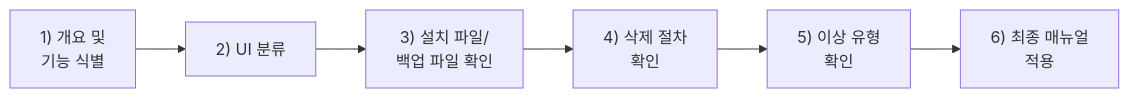
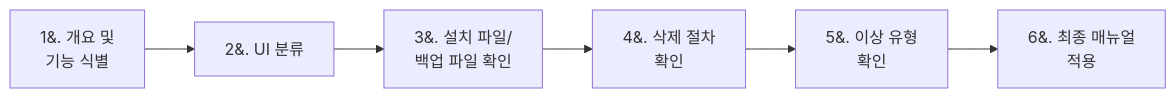
One commit to sungjin-dev/sungjin-dev.github.io changed the fifth of 14 diagrams in _posts/2026-07-19-eip-application-packaging-study-2.md. Above: the diagram before and after it, drawn with Mermaid.

````diff
--- a/_posts/2026-07-19-eip-application-packaging-study-2.md
+++ b/_posts/2026-07-19-eip-application-packaging-study-2.md
@@ -328,8 +328,8 @@
 ```mermaid
 flowchart LR
-    A["1) 개요 및<br>기능 식별"] --> B["2) UI 분류"]
-    B --> C["3) 설치 파일/<br>백업 파일 확인"]
-    C --> D["4) 삭제 절차<br>확인"]
-    D --> E["5) 이상 유형<br>확인"]
-    E --> F["6) 최종 매뉴얼<br>적용"]
+    A["1&#46; 개요 및<br>기능 식별"] --> B["2&#46; UI 분류"]
+    B --> C["3&#46; 설치 파일/<br>백업 파일 확인"]
+    C --> D["4&#46; 삭제 절차<br>확인"]
+    D --> E["5&#46; 이상 유형<br>확인"]
+    E --> F["6&#46; 최종 매뉴얼<br>적용"]
 ```
````
